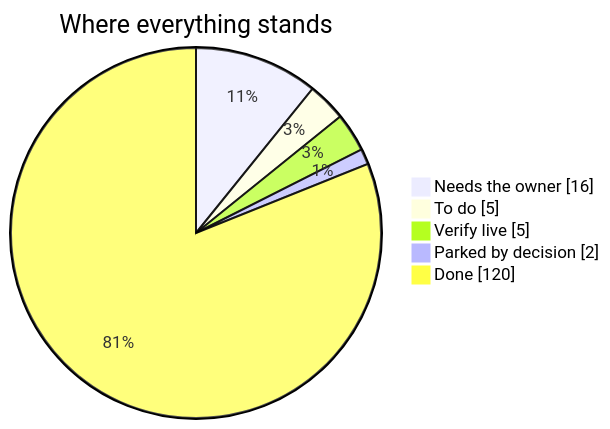
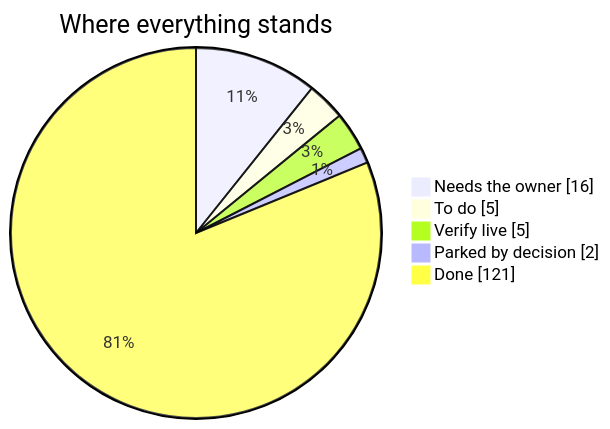
The diagram in launch-board/README.md (divitkej/gradlink), drawn with Mermaid before and after one commit. The commit also changed other lines of this file and 4 other files, not shown here.

````diff
--- a/launch-board/README.md
+++ b/launch-board/README.md
@@ -11,9 +11,9 @@
 ```mermaid
 pie showData
   title Where everything stands
   "Needs the owner" : 16
   "To do" : 5
   "Verify live" : 5
   "Parked by decision" : 2
-  "Done" : 120
+  "Done" : 121
 ```
````
